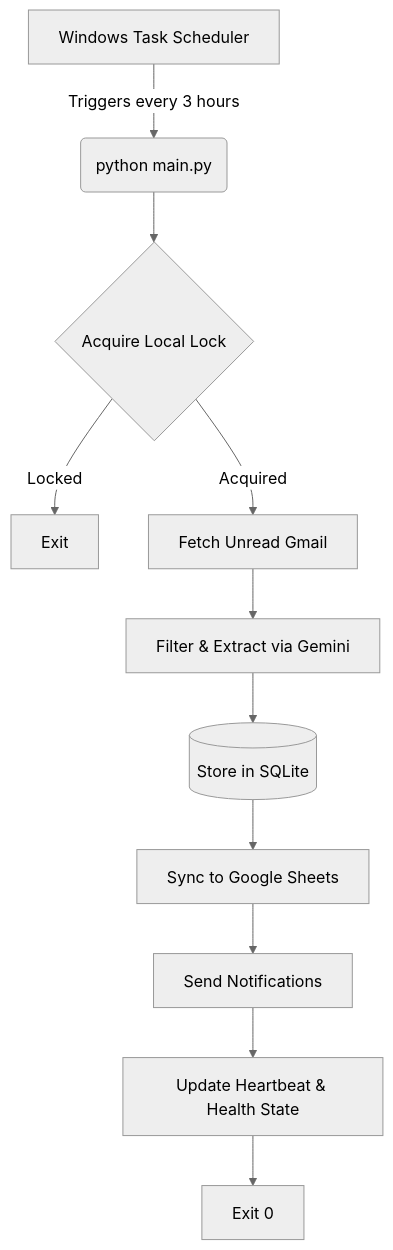
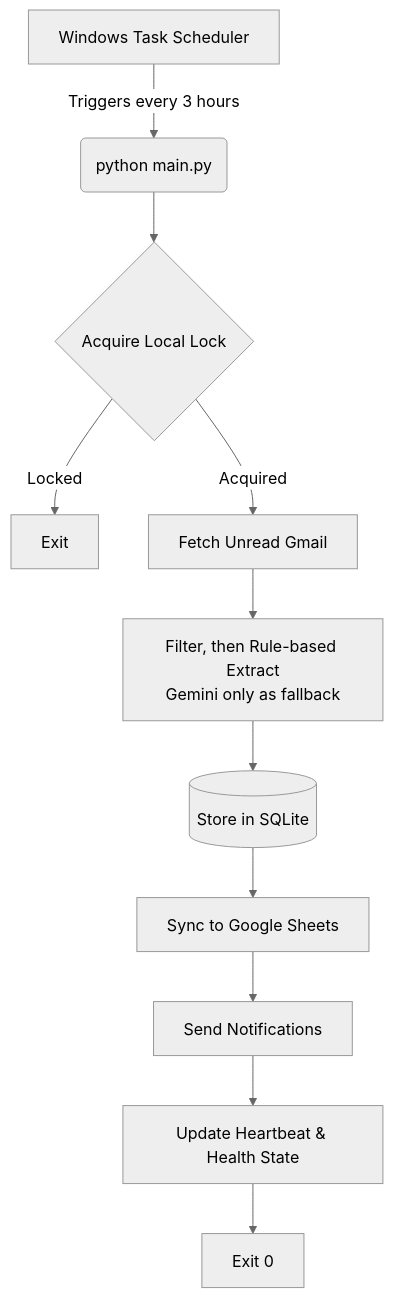
One commit to Yash-Agarwal3125/placement-mail-tracker changed the diagram in README.md. Above: the diagram before and after it, drawn with Mermaid (neutral theme). The commit also changed other lines of this file and 28 other files, not shown here.

````diff
--- a/README.md
+++ b/README.md
@@ -28,13 +28,13 @@
 ```mermaid
 graph TD
     A[Windows Task Scheduler] -->|Triggers every 3 hours| B(python main.py)
     B --> C{Acquire Local Lock}
     C -->|Locked| D[Exit]
     C -->|Acquired| E[Fetch Unread Gmail]
-    E --> F[Filter & Extract via Gemini]
+    E --> F[Filter, then Rule-based Extract<br/>Gemini only as fallback]
     F --> G[(Store in SQLite)]
     G --> H[Sync to Google Sheets]
     H --> I[Send Notifications]
     I --> J[Update Heartbeat & Health State]
     J --> K[Exit 0]
 ```
````
